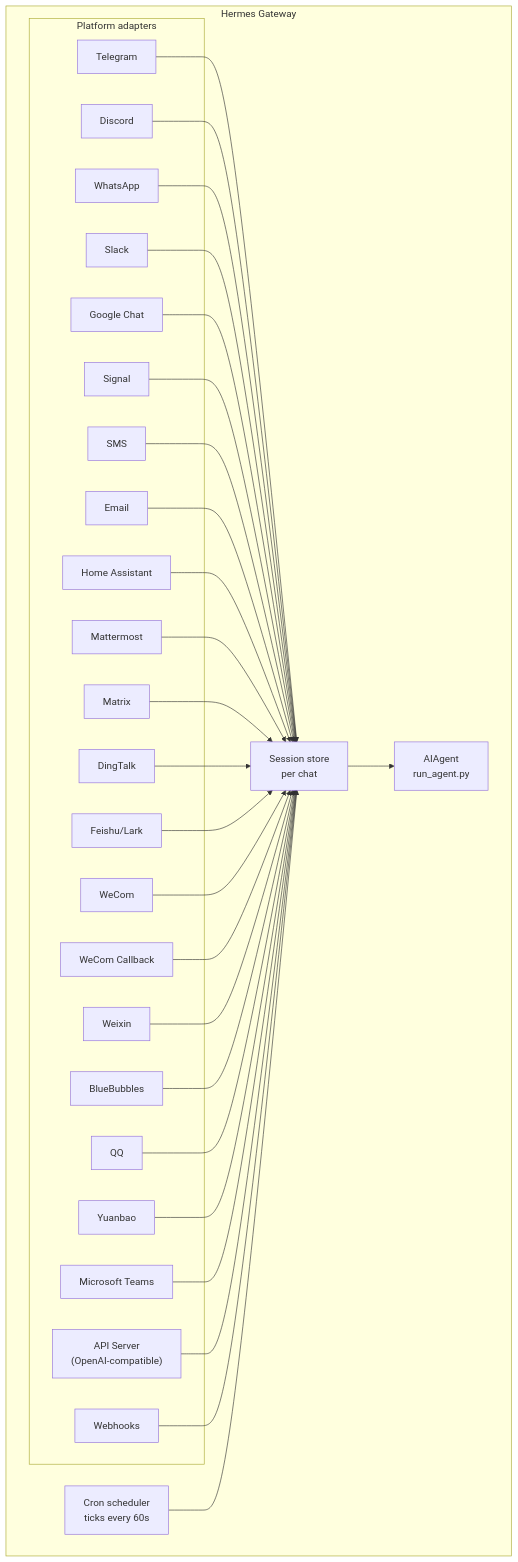
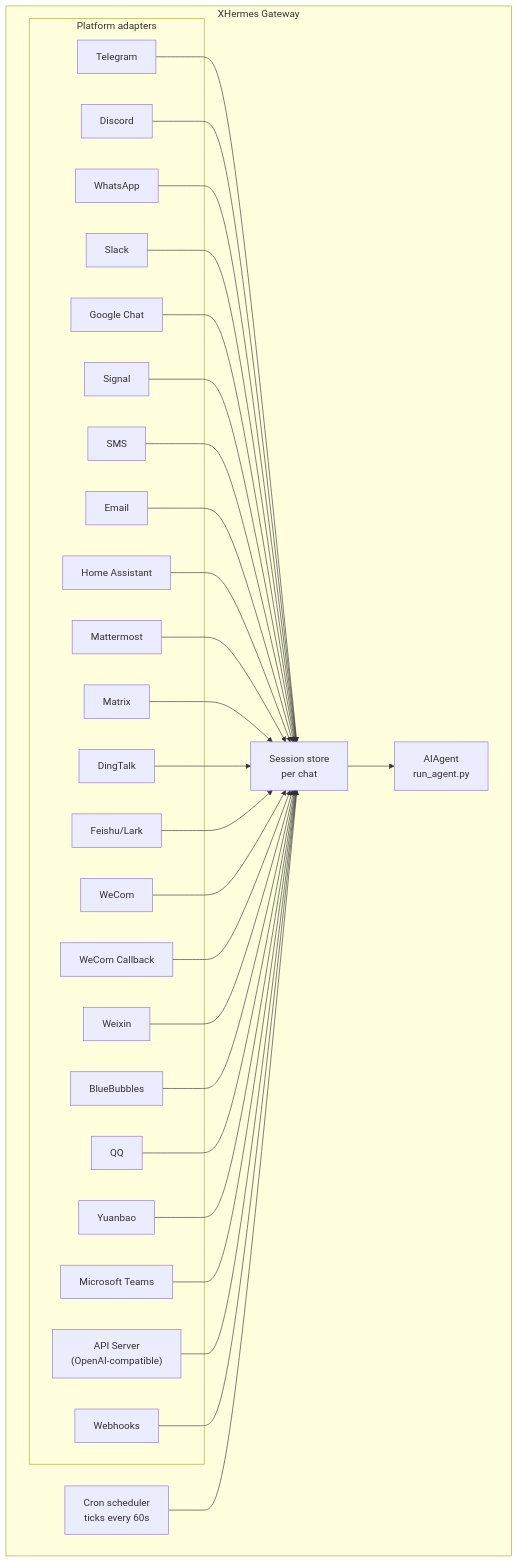
One commit to yutongzhisuan/hermes-agent changed the diagram in website/docs/user-guide/messaging/index.md. Above: the diagram before and after it, drawn with Mermaid. The commit also changed other lines of this file and 3615 other files, not shown here.

First line of the commit message:
Refactor: Update references from 'hermes' to 'xhermes' across configuration files and documentation

````diff
--- a/website/docs/user-guide/messaging/index.md
+++ b/website/docs/user-guide/messaging/index.md
@@ -58,58 +58,58 @@
 ```mermaid
 flowchart TB
-    subgraph Gateway["Hermes Gateway"]
+    subgraph Gateway["XHermes Gateway"]
         subgraph Adapters["Platform adapters"]
             tg[Telegram]
             dc[Discord]
             wa[WhatsApp]
             sl[Slack]
             gc[Google Chat]
             sig[Signal]
             sms[SMS]
             em[Email]
             ha[Home Assistant]
             mm[Mattermost]
             mx[Matrix]
             dt[DingTalk]
     fs[Feishu/Lark]
     wc[WeCom]
     wcb[WeCom Callback]
     wx[Weixin]
     bb[BlueBubbles]
     qq[QQ]
     yb[Yuanbao]
     ms[Microsoft Teams]
     api["API Server<br/>(OpenAI-compatible)"]
     wh[Webhooks]
         end
 
         store["Session store<br/>per chat"]
         agent["AIAgent<br/>run_agent.py"]
         cron["Cron scheduler<br/>ticks every 60s"]
     end
 
     tg --> store
     dc --> store
     wa --> store
     sl --> store
     gc --> store
     sig --> store
     sms --> store
     em --> store
     ha --> store
     mm --> store
     mx --> store
     dt --> store
     fs --> store
     wc --> store
     wcb --> store
     wx --> store
     bb --> store
     qq --> store
     yb --> store
     ms --> store
     api --> store
     wh --> store
     store --> agent
     cron --> store
 ```
````
